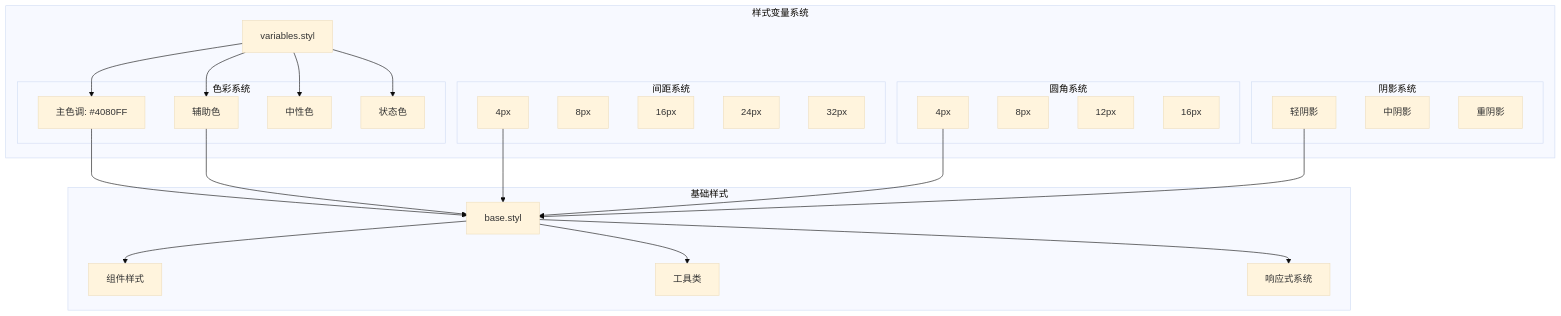
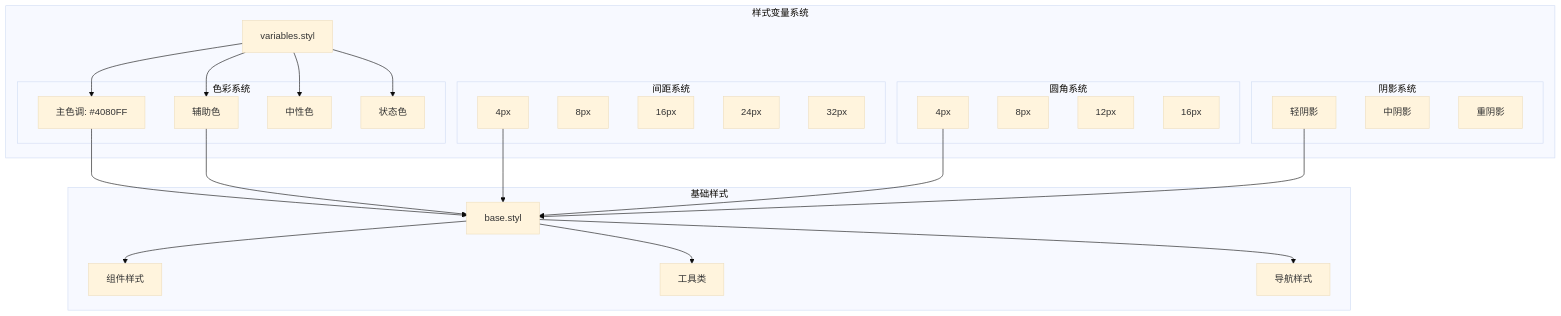
Before and after one commit to terwer/siyuan-plugin-publisher: the eighth of 11 diagrams in .qoder/repowiki/zh/content/用户界面组件/UI V2 设计原则.md, drawn with Mermaid (base theme). The commit also changed other lines of this file and 16 other files, not shown here.

First line of the commit message:
feat!: migrate V2 UI architecture from iframe SPA to native DOM mounting

````diff
--- a/.qoder/repowiki/zh/content/用户界面组件/UI V2 设计原则.md
+++ b/.qoder/repowiki/zh/content/用户界面组件/UI V2 设计原则.md
@@ -273,48 +306,48 @@
 ```mermaid
 graph TB
 subgraph "样式变量系统"
 Variables[variables.styl]
 subgraph "色彩系统"
 Primary[主色调: #4080FF]
 Secondary[辅助色]
 Neutral[中性色]
 Status[状态色]
 end
 subgraph "间距系统"
 SpacingXS[4px]
 SpacingSM[8px]
 SpacingMD[16px]
 SpacingLG[24px]
 SpacingXL[32px]
 end
 subgraph "圆角系统"
 RadiusSM[4px]
 RadiusMD[8px]
 RadiusLG[12px]
 RadiusXL[16px]
 end
 subgraph "阴影系统"
 ShadowSM[轻阴影]
 ShadowMD[中阴影]
 ShadowLG[重阴影]
 end
 end
 subgraph "基础样式"
 Base[base.styl]
 Components[组件样式]
 Utilities[工具类]
-Responsive[响应式系统]
+Navigation[导航样式]
 end
 Variables --> Primary
 Variables --> Secondary
 Variables --> Neutral
 Variables --> Status
 Primary --> Base
 Secondary --> Base
 SpacingXS --> Base
 RadiusSM --> Base
 ShadowSM --> Base
 Base --> Components
 Base --> Utilities
-Base --> Responsive
+Base --> Navigation
 ```
````
